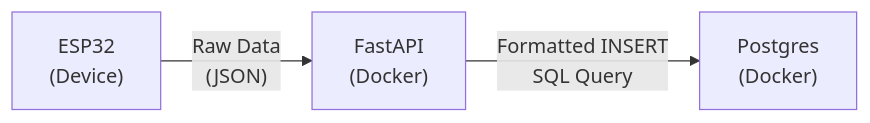
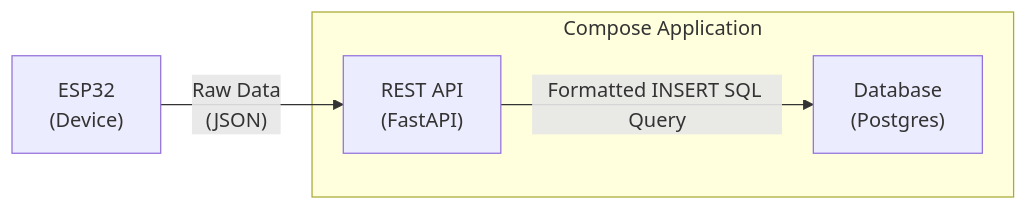
One commit to lfenzo/lfenzo.github.io changed the diagram in content/projects/iot/esp32-measurements-over-lan.md. Above: the diagram before and after it, drawn with Mermaid. The commit also changed other lines of this file, not shown here.

Commit message:
updated diagram of esp32 measurements over lan

````diff
--- a/content/projects/iot/esp32-measurements-over-lan.md
+++ b/content/projects/iot/esp32-measurements-over-lan.md
@@ -21,6 +21,11 @@
 ```mermaid
 flowchart LR
 
-d1["ESP32<br>(Device)"] -->|"Raw Data<br>(JSON)"| API["FastAPI<br>(Docker)"]
-API -->|"Formatted INSERT<br>SQL Query"| DB["Postgres<br>(Docker)"]
+subgraph containers["Compose Application"]
+	API
+	DB
+end
+
+d1["ESP32<br>(Device)"] -->|"Raw Data<br>(JSON)"| API["REST API<br>(FastAPI)"]
+API -->|"Formatted INSERT SQL Query"| DB["Database<br>(Postgres)"]
 ```
````
